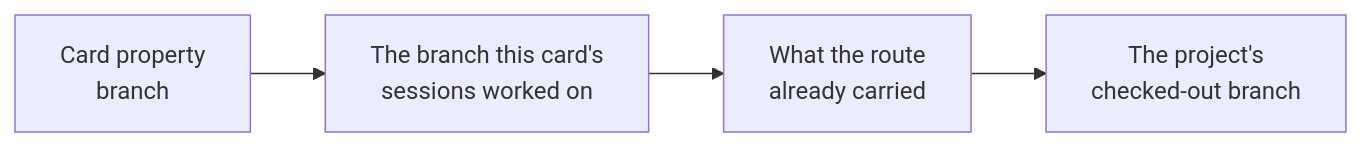
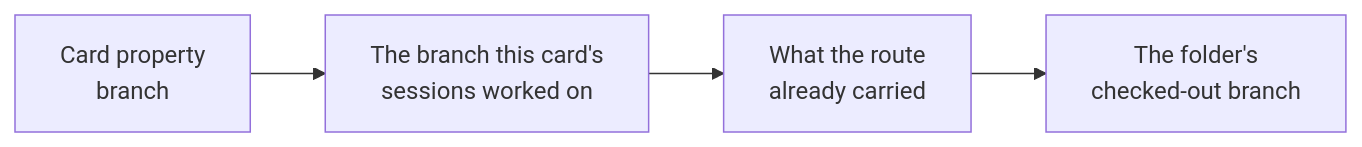
The second of 5 diagrams in docs/flows.md (artipop/xciii), drawn with Mermaid before and after one commit. The commit also changed other lines of this file and 106 other files, not shown here.

````diff
--- a/docs/flows.md
+++ b/docs/flows.md
@@ -212,6 +235,6 @@
 ```mermaid
 flowchart LR
     A["Card property<br/>branch"] --> B["The branch this card's<br/>sessions worked on"]
     B --> C["What the route<br/>already carried"]
-    C --> D["The project's<br/>checked-out branch"]
+    C --> D["The folder's<br/>checked-out branch"]
 ```
````
